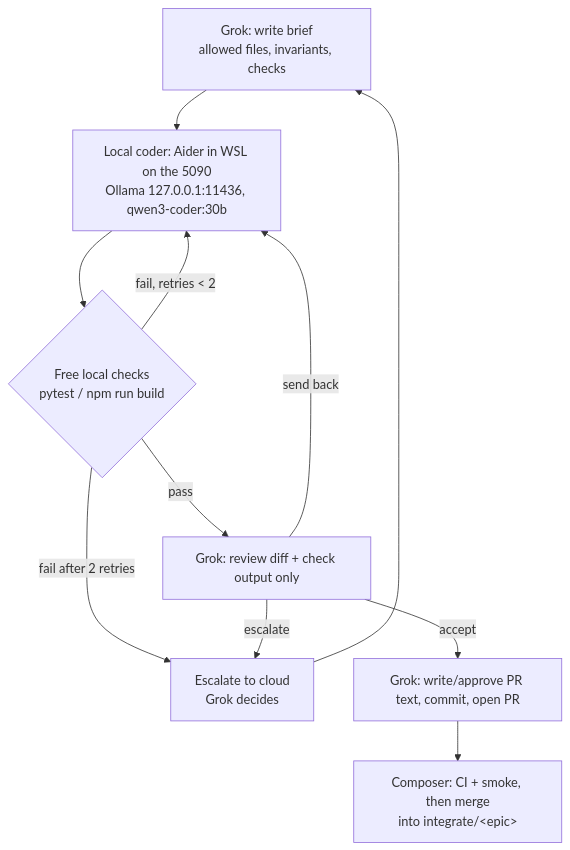
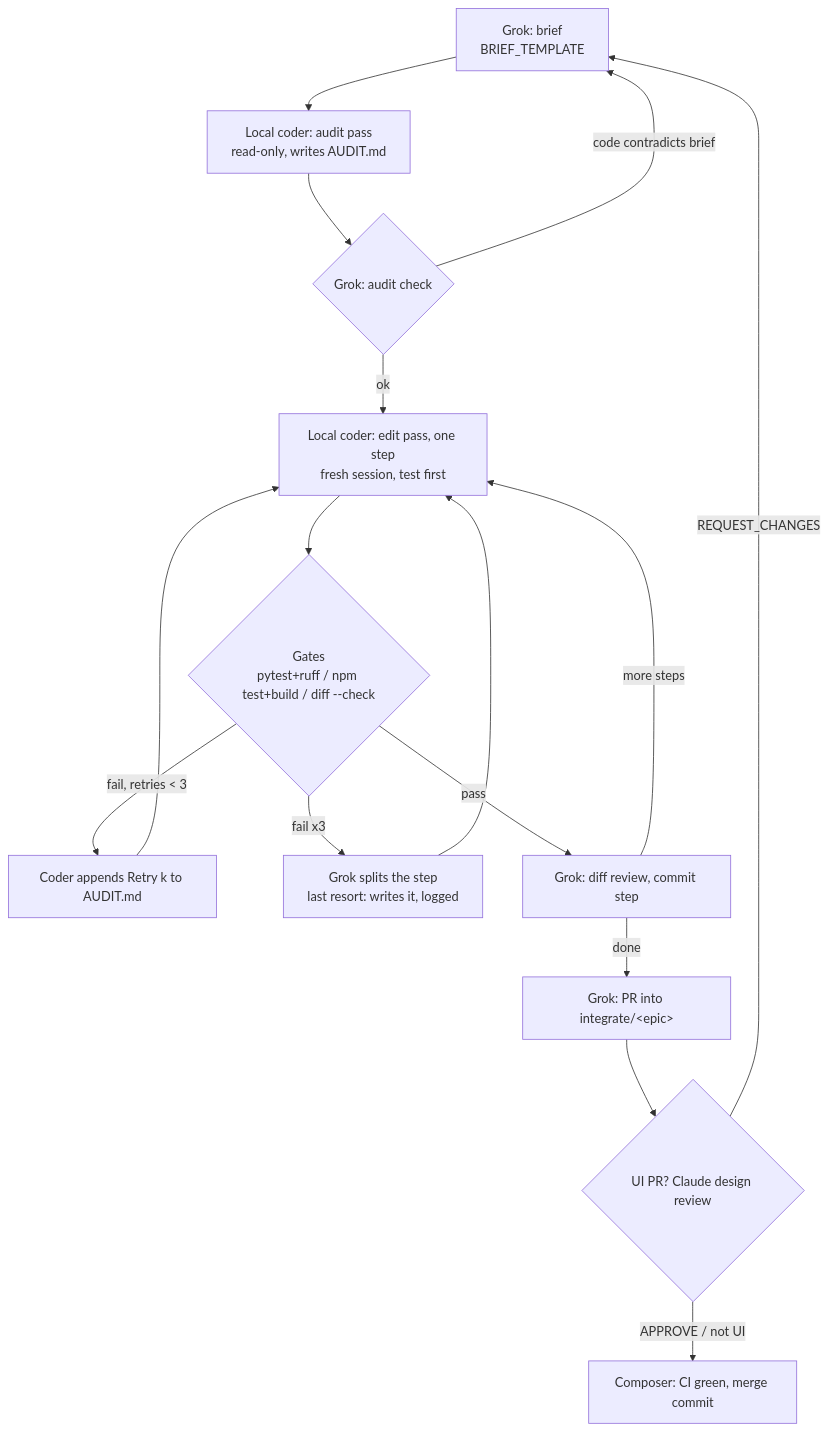
The diagram in docs/workflow/MULTI_AGENT.md (FOKanu/AppFly), drawn with Mermaid before and after one commit. The commit also changed other lines of this file and 6 other files, not shown here.

Commit message:
docs(agents): local-coder workflow v2 (brief -> audit -> audit check -> edit passes -> gates), BRIEF_TEMPLATE, role alignment

````diff
--- a/docs/workflow/MULTI_AGENT.md
+++ b/docs/workflow/MULTI_AGENT.md
@@ -102,13 +108,17 @@
 ```mermaid
 flowchart TD
-    G1[Grok: write brief<br/>allowed files, invariants, checks] --> L1[Local coder: Aider in WSL on the 5090<br/>Ollama 127.0.0.1:11436, qwen3-coder:30b]
-    L1 --> C1{Free local checks<br/>pytest / npm run build}
-    C1 -- fail, retries < 2 --> L1
-    C1 -- fail after 2 retries --> E[Escalate to cloud<br/>Grok decides]
-    C1 -- pass --> G2[Grok: review diff + check output only]
-    G2 -- send back --> L1
-    G2 -- escalate --> E
-    G2 -- accept --> G3[Grok: write/approve PR text, commit, open PR]
-    G3 --> M[Composer: CI + smoke, then merge<br/>into integrate/&lt;epic&gt;]
-    E --> G1
+    G1[Grok: brief<br/>BRIEF_TEMPLATE] --> A1[Local coder: audit pass<br/>read-only, writes AUDIT.md]
+    A1 --> G2{Grok: audit check}
+    G2 -- code contradicts brief --> G1
+    G2 -- ok --> L1[Local coder: edit pass, one step<br/>fresh session, test first]
+    L1 --> C1{Gates<br/>pytest+ruff / npm test+build / diff --check}
+    C1 -- fail, retries < 3 --> R1[Coder appends Retry k to AUDIT.md] --> L1
+    C1 -- fail x3 --> S[Grok splits the step<br/>last resort: writes it, logged]
+    S --> L1
+    C1 -- pass --> G3[Grok: diff review, commit step]
+    G3 -- more steps --> L1
+    G3 -- done --> P[Grok: PR into integrate/&lt;epic&gt;]
+    P --> CL{UI PR? Claude design review}
+    CL -- REQUEST_CHANGES --> G1
+    CL -- APPROVE / not UI --> M[Composer: CI green, merge commit]
 ```
````
